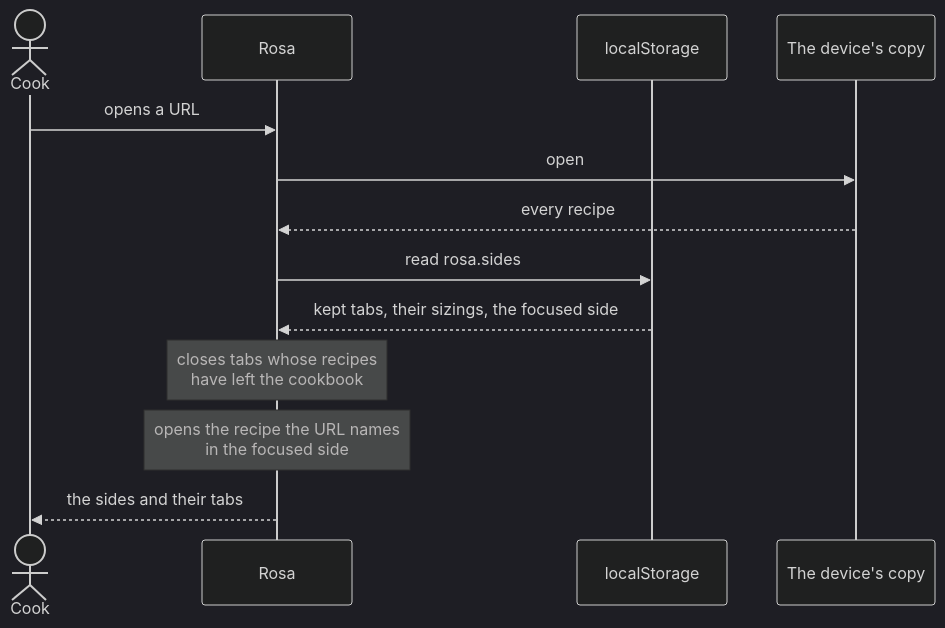
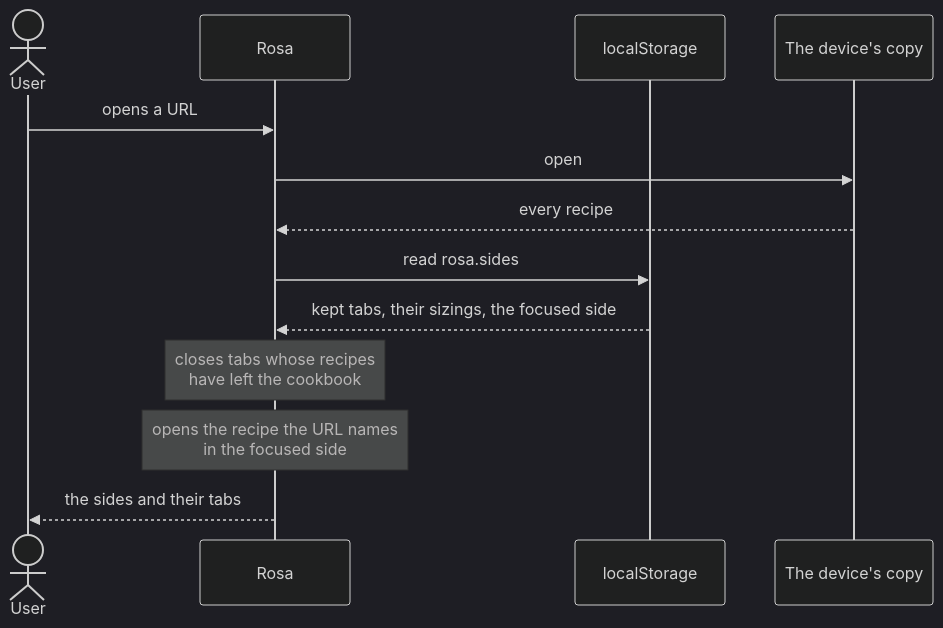
Before and after one commit to sebbogle/rosa: the second of 2 diagrams in docs/architecture/open-set.md, drawn with Mermaid (dark theme). The commit also changed other lines of this file and 36 other files, not shown here.

Commit message:
Call the person using Rosa a user, not a cook

````diff
--- a/docs/architecture/open-set.md
+++ b/docs/architecture/open-set.md
@@ -69,16 +69,16 @@
 ```mermaid
 sequenceDiagram
-    actor Cook
+    actor User
     participant Rosa
     participant Storage as localStorage
     participant Copy as The device's copy
 
-    Cook->>Rosa: opens a URL
+    User->>Rosa: opens a URL
     Rosa->>Copy: open
     Copy-->>Rosa: every recipe
     Rosa->>Storage: read rosa.sides
     Storage-->>Rosa: kept tabs, their sizings, the focused side
     Note over Rosa: closes tabs whose recipes<br/>have left the cookbook
     Note over Rosa: opens the recipe the URL names<br/>in the focused side
-    Rosa-->>Cook: the sides and their tabs
+    Rosa-->>User: the sides and their tabs
 ```
````
